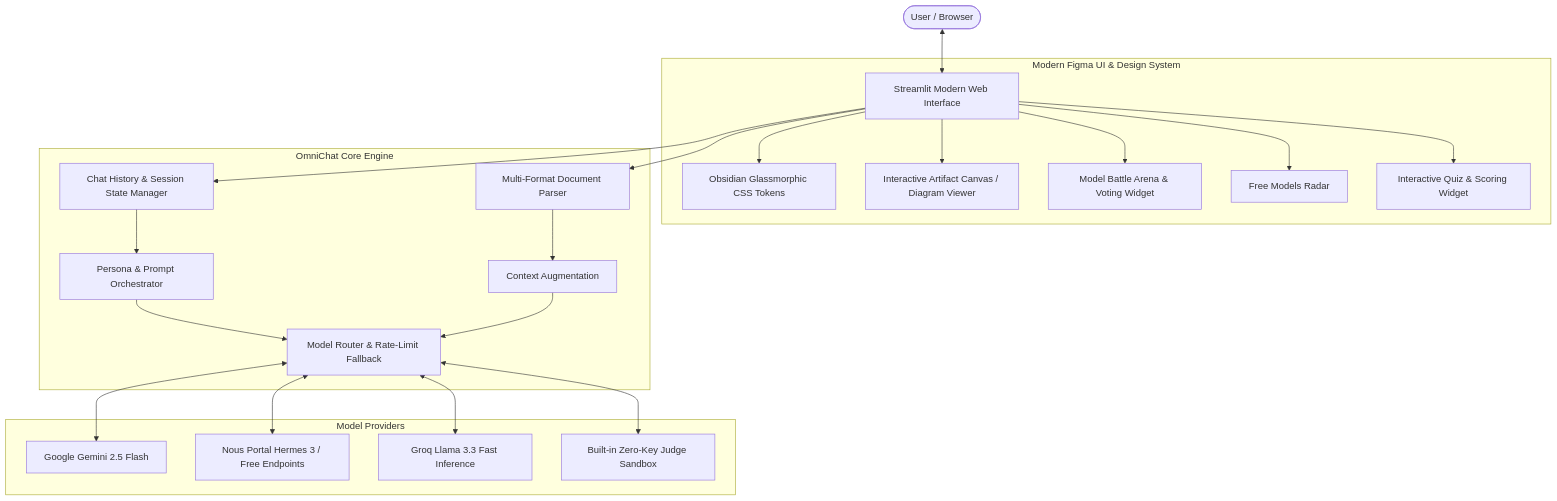
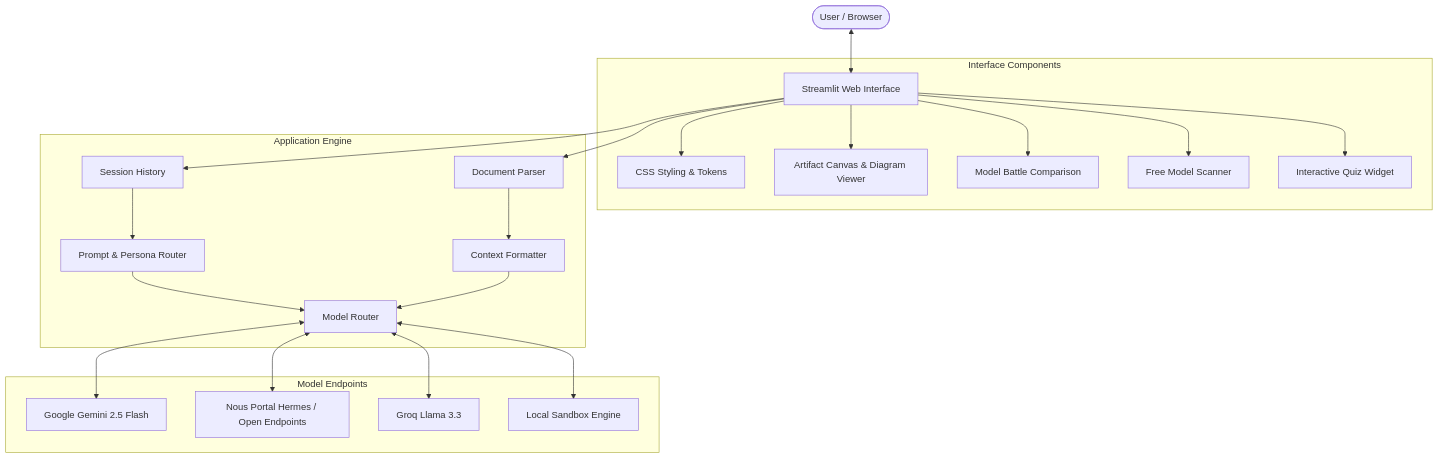
One commit to msekhardhar-cell/First-AI-App changed the diagram in README.md. Above: the diagram before and after it, drawn with Mermaid. The commit also changed other lines of this file and 6 other files, not shown here.

````diff
--- a/README.md
+++ b/README.md
@@ -38,28 +30,28 @@
 ```mermaid
 flowchart TD
-    User([User / Browser]) <--> UI[Streamlit Modern Web Interface]
+    User([User / Browser]) <--> UI[Streamlit Web Interface]
     
-    subgraph UI_Layer ["Modern Figma UI & Design System"]
-        UI --> DesignTokens[Obsidian Glassmorphic CSS Tokens]
-        UI --> Canvas[Interactive Artifact Canvas / Diagram Viewer]
-        UI --> BattleArena[Model Battle Arena & Voting Widget]
-        UI --> FreeRadar[Free Models Radar]
-        UI --> QuizWidget[Interactive Quiz & Scoring Widget]
+    subgraph UI_Layer ["Interface Components"]
+        UI --> CSS[CSS Styling & Tokens]
+        UI --> Canvas[Artifact Canvas & Diagram Viewer]
+        UI --> Battle[Model Battle Comparison]
+        UI --> Scanner[Free Model Scanner]
+        UI --> Quiz[Interactive Quiz Widget]
     end
 
-    subgraph Core_Engine ["OmniChat Core Engine"]
-        UI --> StateManager[Chat History & Session State Manager]
-        UI --> FileParser[Multi-Format Document Parser]
-        StateManager --> PromptEngine[Persona & Prompt Orchestrator]
-        FileParser --> ContextInjector[Context Augmentation]
-        PromptEngine --> ModelRouter[Model Router & Rate-Limit Fallback]
-        ContextInjector --> ModelRouter
+    subgraph Core ["Application Engine"]
+        UI --> State[Session History]
+        UI --> Files[Document Parser]
+        State --> Orchestrator[Prompt & Persona Router]
+        Files --> Context[Context Formatter]
+        Orchestrator --> Router[Model Router]
+        Context --> Router
     end
 
-    subgraph Backends ["Model Providers"]
-        ModelRouter <--> Gemini[Google Gemini 2.5 Flash]
-        ModelRouter <--> Nous[Nous Portal Hermes 3 / Free Endpoints]
-        ModelRouter <--> Groq[Groq Llama 3.3 Fast Inference]
-        ModelRouter <--> Sandbox[Built-in Zero-Key Judge Sandbox]
+    subgraph Providers ["Model Endpoints"]
+        Router <--> Gemini[Google Gemini 2.5 Flash]
+        Router <--> Nous[Nous Portal Hermes / Open Endpoints]
+        Router <--> Groq[Groq Llama 3.3]
+        Router <--> Sandbox[Local Sandbox Engine]
     end
 ```
````
